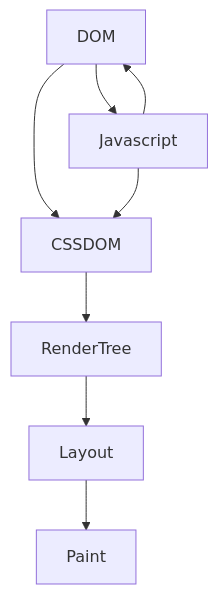
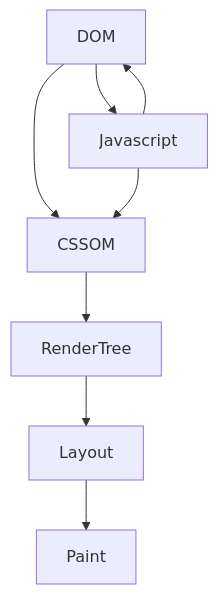
One commit to Harshita-mindfire/Frontend-JsDev-Handbook changed the first of 2 diagrams in notes/learning.web.md. Above: the diagram before and after it, drawn with Mermaid. The commit also changed 1 other file, not shown here.

````diff
--- a/notes/learning.web.md
+++ b/notes/learning.web.md
@@ -13,7 +13,7 @@
 ```mermaid
 graph TD;
-    DOM-->CSSDOM-->RenderTree--> Layout-->Paint;
+    DOM-->CSSOM-->RenderTree--> Layout-->Paint;
     DOM --> Javascript;
     Javascript --> DOM
-    Javascript --> CSSDOM
+    Javascript --> CSSOM
 ```
````
